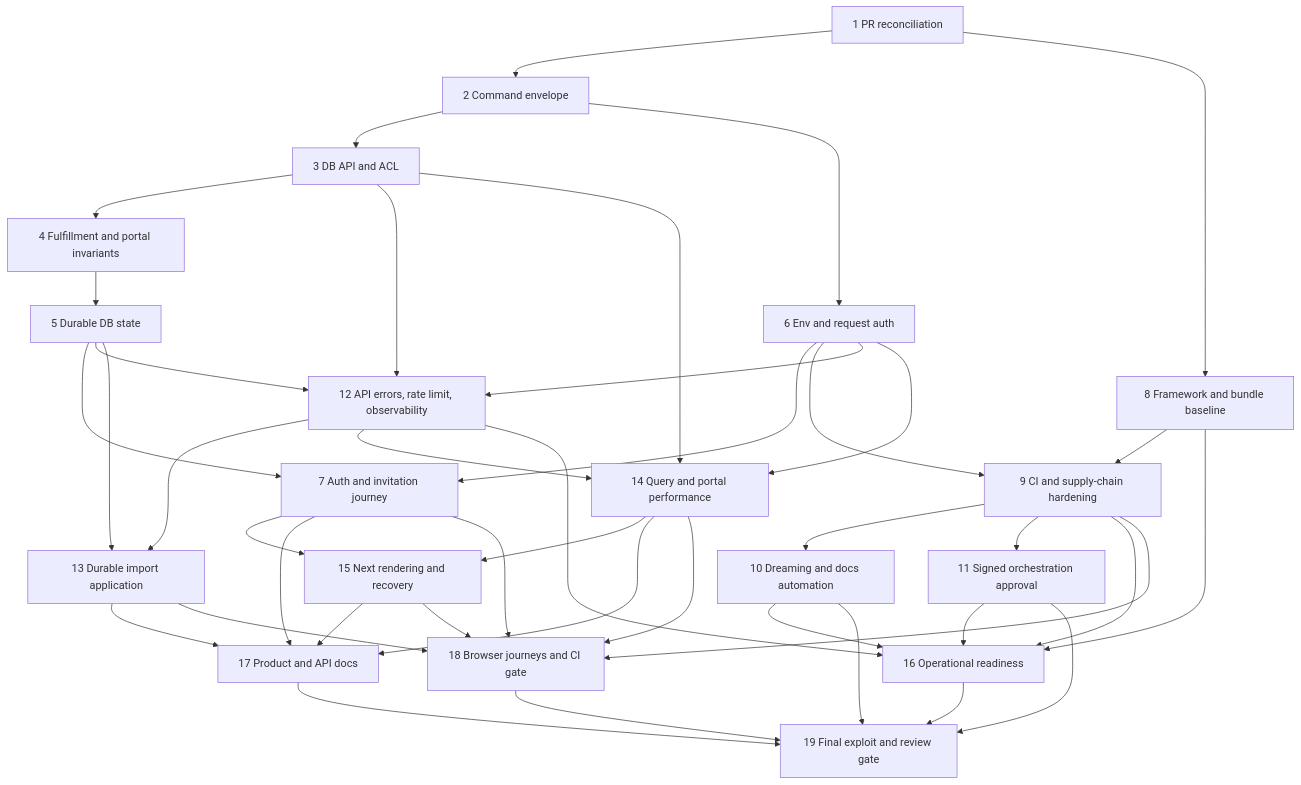
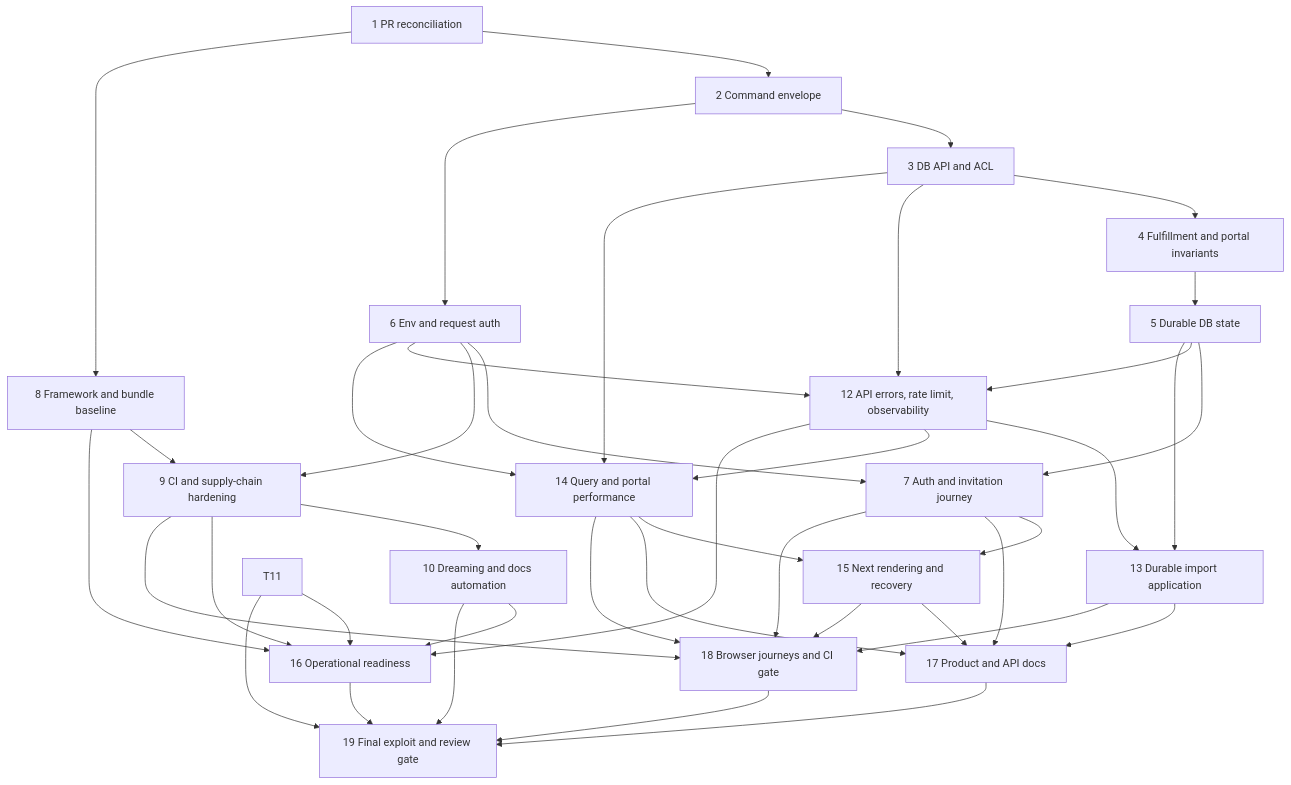
The diagram in .agents/superpowers/plans/2026-08-31-vercel-production-readiness.md (energee/mgr-zero), drawn with Mermaid before and after one commit. The commit also changed other lines of this file and 25 other files, not shown here.

````diff
--- a/.agents/superpowers/plans/2026-08-31-vercel-production-readiness.md
+++ b/.agents/superpowers/plans/2026-08-31-vercel-production-readiness.md
@@ -144,44 +144,43 @@
 ```mermaid
 graph TD
   T1[1 PR reconciliation] --> T2[2 Command envelope]
   T2 --> T3[3 DB API and ACL]
   T3 --> T4[4 Fulfillment and portal invariants]
   T4 --> T5[5 Durable DB state]
   T2 --> T6[6 Env and request auth]
   T5 --> T7[7 Auth and invitation journey]
   T6 --> T7
   T1 --> T8[8 Framework and bundle baseline]
   T8 --> T9[9 CI and supply-chain hardening]
   T6 --> T9
   T9 --> T10[10 Dreaming and docs automation]
-  T9 --> T11[11 Signed orchestration approval]
   T3 --> T12[12 API errors, rate limit, observability]
   T5 --> T12
   T6 --> T12
   T5 --> T13[13 Durable import application]
   T12 --> T13
   T3 --> T14[14 Query and portal performance]
   T6 --> T14
   T12 --> T14
   T7 --> T15[15 Next rendering and recovery]
   T14 --> T15
   T12 --> T16[16 Operational readiness]
   T8 --> T16
   T9 --> T16
   T10 --> T16
   T11 --> T16
   T7 --> T17[17 Product and API docs]
   T13 --> T17
   T14 --> T17
   T15 --> T17
   T7 --> T18[18 Browser journeys and CI gate]
   T13 --> T18
   T14 --> T18
   T15 --> T18
   T9 --> T18
   T10 --> T19[19 Final exploit and review gate]
   T11 --> T19
   T16 --> T19
   T17 --> T19
   T18 --> T19
 ```
````
